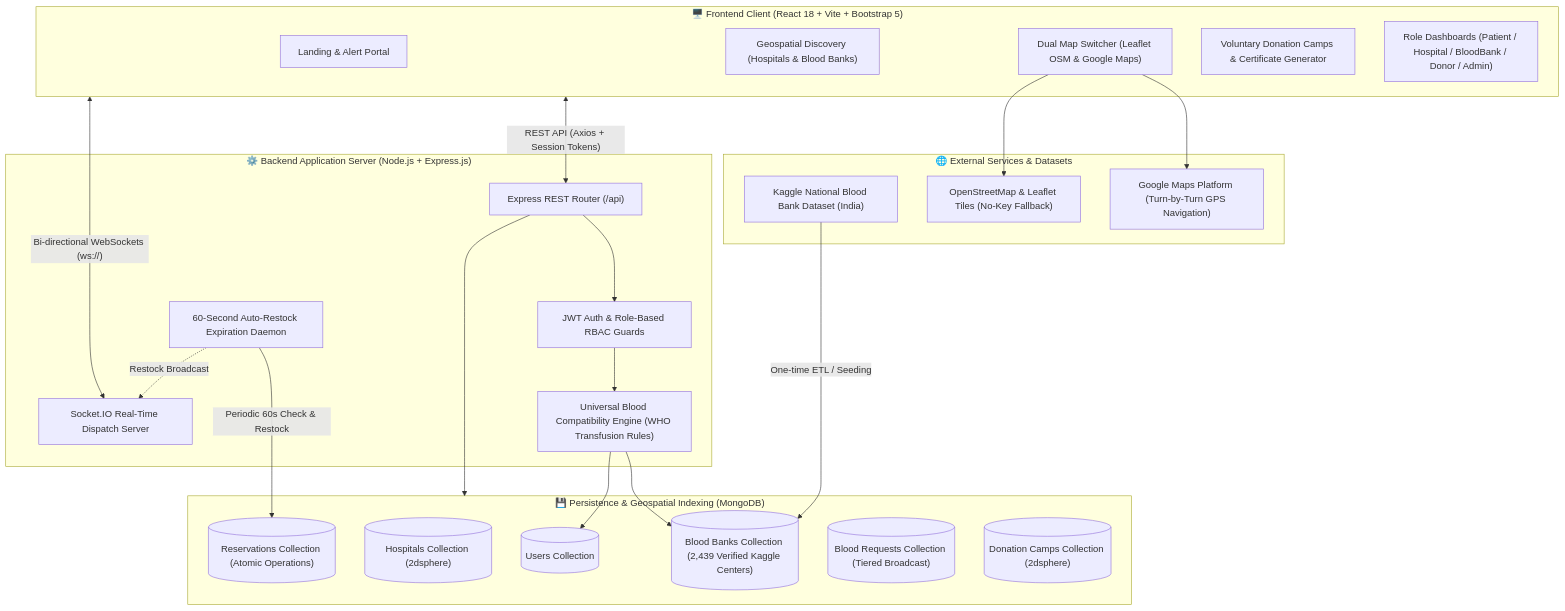
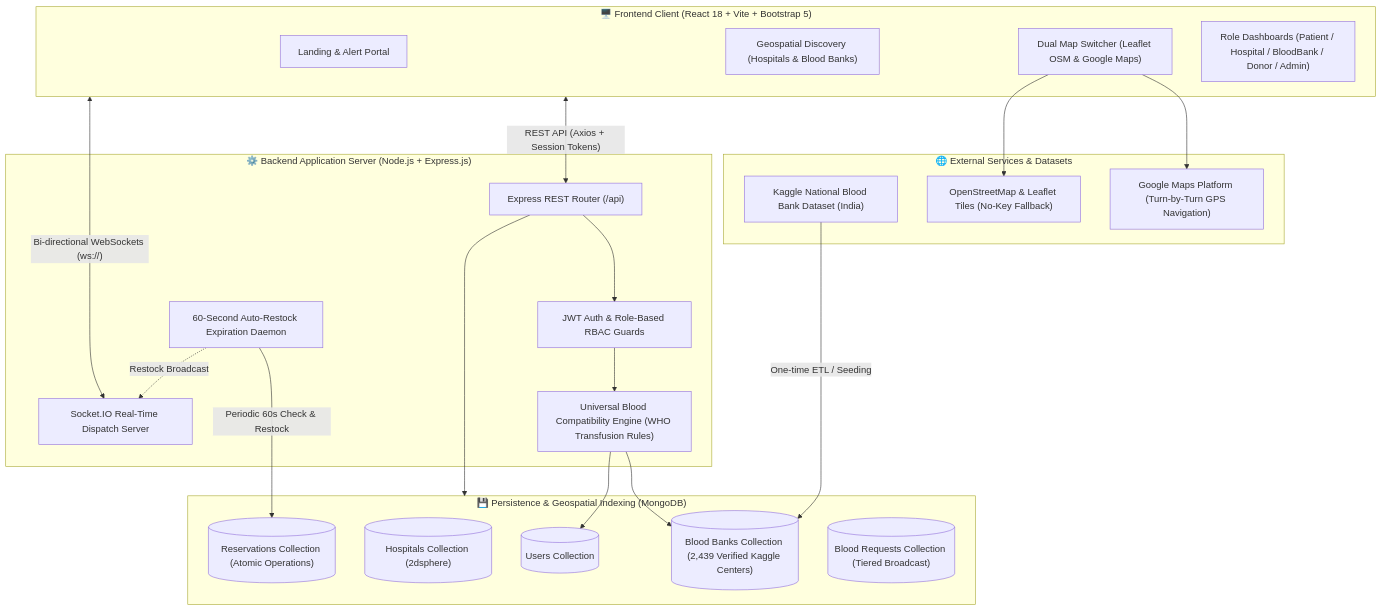
The first of 3 diagrams in README.md (CharudattaPatil-AC/Vital-Link), drawn with Mermaid before and after one commit. The commit also changed other lines of this file and 11 other files, not shown here.

````diff
--- a/README.md
+++ b/README.md
@@ -34,47 +33,45 @@
 ```mermaid
 flowchart TD
     subgraph ClientLayer["🖥️ Frontend Client (React 18 + Vite + Bootstrap 5)"]
         UI_Home["Landing & Alert Portal"]
         UI_Search["Geospatial Discovery (Hospitals & Blood Banks)"]
         UI_DualMap["Dual Map Switcher (Leaflet OSM & Google Maps)"]
-        UI_Camps["Voluntary Donation Camps & Certificate Generator"]
         UI_Dashboards["Role Dashboards (Patient / Hospital / BloodBank / Donor / Admin)"]
     end
 
     subgraph APILayer["⚙️ Backend Application Server (Node.js + Express.js)"]
         Router["Express REST Router (/api)"]
         AuthMiddleware["JWT Auth & Role-Based RBAC Guards"]
         CompatEngine["Universal Blood Compatibility Engine (WHO Transfusion Rules)"]
         SocketServer["Socket.IO Real-Time Dispatch Server"]
         CleanupDaemon["60-Second Auto-Restock Expiration Daemon"]
     end
 
     subgraph DataLayer["💾 Persistence & Geospatial Indexing (MongoDB)"]
         DB_Users[("Users Collection")]
         DB_Hospitals[("Hospitals Collection (2dsphere)")]
         DB_BloodBanks[("Blood Banks Collection (2,439 Verified Kaggle Centers)")]
         DB_Reservations[("Reservations Collection (Atomic Operations)")]
         DB_BloodRequests[("Blood Requests Collection (Tiered Broadcast)")]
-        DB_DonationCamps[("Donation Camps Collection (2dsphere)")]
     end
 
     subgraph ExternalServices["🌐 External Services & Datasets"]
         Kaggle["Kaggle National Blood Bank Dataset (India)"]
         GMaps["Google Maps Platform (Turn-by-Turn GPS Navigation)"]
         OSM["OpenStreetMap & Leaflet Tiles (No-Key Fallback)"]
     end
 
     %% Connections
     ClientLayer <-->|"REST API (Axios + Session Tokens)"| Router
     ClientLayer <-->|"Bi-directional WebSockets (ws://)"| SocketServer
     Router --> AuthMiddleware
     AuthMiddleware --> CompatEngine
     CompatEngine --> DB_BloodBanks
     CompatEngine --> DB_Users
     Router --> DataLayer
     CleanupDaemon -->|"Periodic 60s Check & Restock"| DB_Reservations
     CleanupDaemon -.->|"Restock Broadcast"| SocketServer
     Kaggle -->|"One-time ETL / Seeding"| DB_BloodBanks
     UI_DualMap --> GMaps
     UI_DualMap --> OSM
 ```
````
